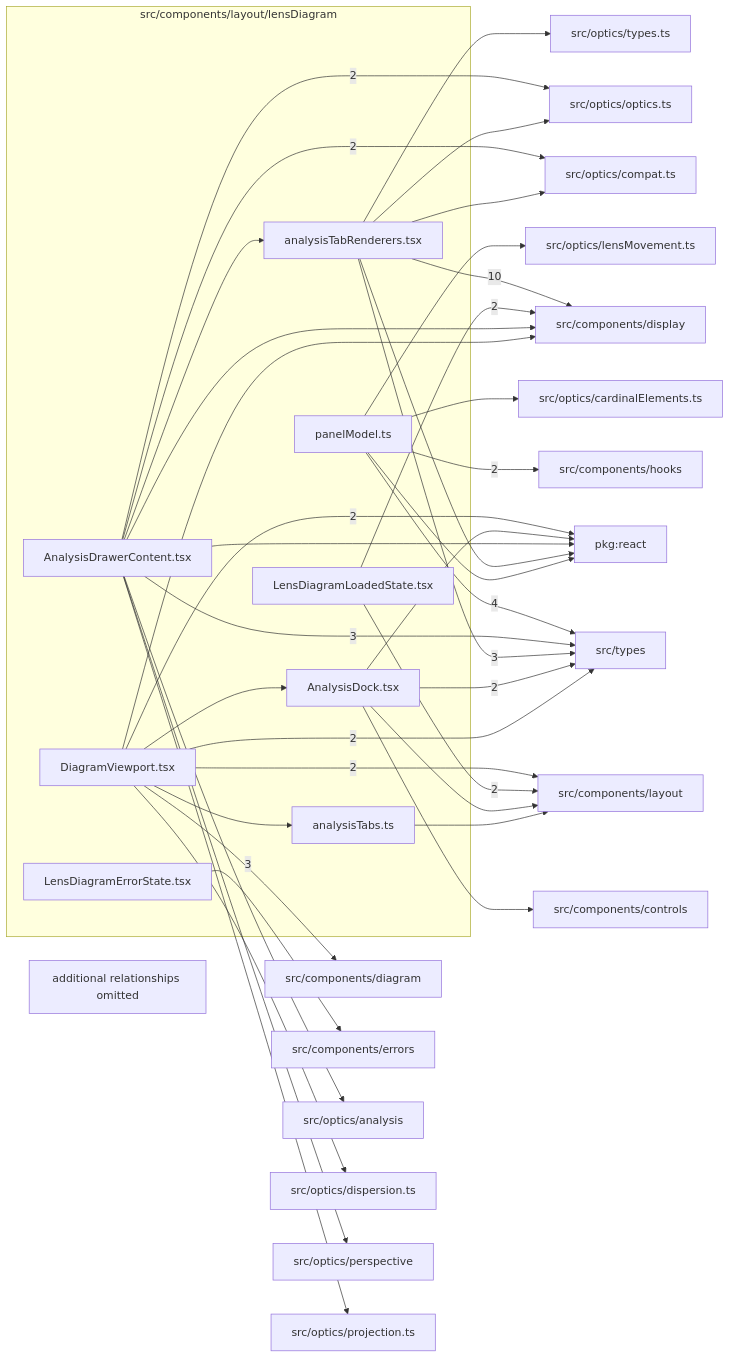
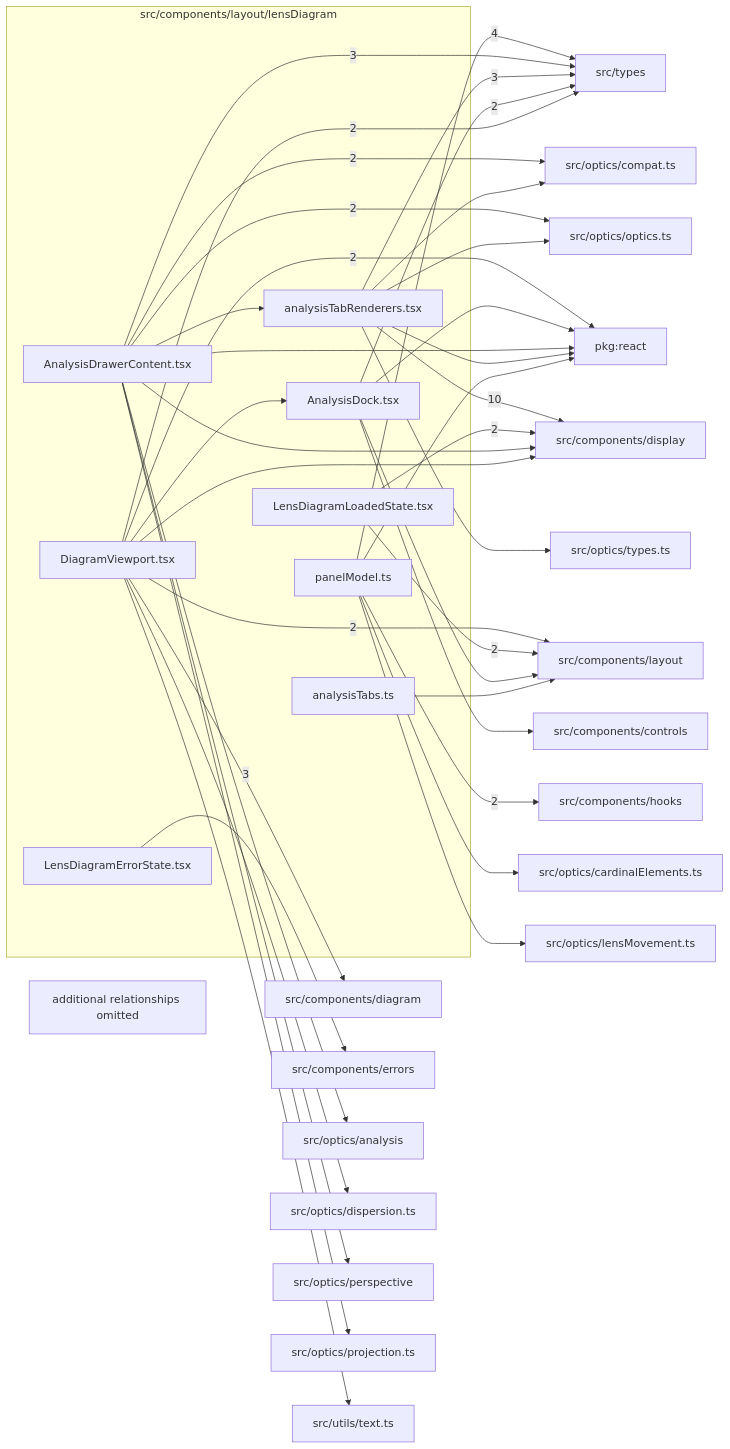
The diagram in src/components/layout/lensDiagram/readme.md (ronbuening/LensVisualizer), drawn with Mermaid before and after one commit. The commit also changed other lines of this file and 99 other files, not shown here.

````diff
--- a/src/components/layout/lensDiagram/readme.md
+++ b/src/components/layout/lensDiagram/readme.md
@@ -9,67 +9,68 @@
 ```mermaid
 flowchart LR
   subgraph n_src_components_layout_lensDiagram["src/components/layout/lensDiagram"]
     n_src_components_layout_lensDiagram_src_components_layout_lensDiagram_AnalysisDock_tsx["AnalysisDock.tsx"]
     n_src_components_layout_lensDiagram_src_components_layout_lensDiagram_AnalysisDrawerContent_tsx["AnalysisDrawerContent.tsx"]
     n_src_components_layout_lensDiagram_src_components_layout_lensDiagram_analysisTabRenderers_tsx["analysisTabRenderers.tsx"]
     n_src_components_layout_lensDiagram_src_components_layout_lensDiagram_analysisTabs_ts["analysisTabs.ts"]
     n_src_components_layout_lensDiagram_src_components_layout_lensDiagram_DiagramViewport_tsx["DiagramViewport.tsx"]
     n_src_components_layout_lensDiagram_src_components_layout_lensDiagram_LensDiagramErrorState_tsx["LensDiagramErrorState.tsx"]
     n_src_components_layout_lensDiagram_src_components_layout_lensDiagram_LensDiagramLoadedState_tsx["LensDiagramLoadedState.tsx"]
     n_src_components_layout_lensDiagram_src_components_layout_lensDiagram_panelModel_ts["panelModel.ts"]
   end
   n_external_src_components_display["src/components/display"]
   n_external_src_types["src/types"]
   n_external_src_components_diagram["src/components/diagram"]
   n_external_pkg_react["pkg:react"]
   n_external_src_components_hooks["src/components/hooks"]
   n_external_src_components_layout["src/components/layout"]
   n_external_src_optics_compat_ts["src/optics/compat.ts"]
   n_external_src_optics_optics_ts["src/optics/optics.ts"]
   n_external_src_components_controls["src/components/controls"]
   n_external_src_components_errors["src/components/errors"]
   n_external_src_optics_analysis["src/optics/analysis"]
   n_external_src_optics_cardinalElements_ts["src/optics/cardinalElements.ts"]
   n_external_src_optics_dispersion_ts["src/optics/dispersion.ts"]
   n_external_src_optics_lensMovement_ts["src/optics/lensMovement.ts"]
   n_external_src_optics_perspective["src/optics/perspective"]
   n_external_src_optics_projection_ts["src/optics/projection.ts"]
   n_external_src_optics_types_ts["src/optics/types.ts"]
+  n_external_src_utils_text_ts["src/utils/text.ts"]
   n_src_components_layout_lensDiagram_src_components_layout_lensDiagram_analysisTabRenderers_tsx --> |10| n_external_src_components_display
   n_src_components_layout_lensDiagram_src_components_layout_lensDiagram_panelModel_ts --> |4| n_external_src_types
   n_src_components_layout_lensDiagram_src_components_layout_lensDiagram_DiagramViewport_tsx --> |3| n_external_src_components_diagram
   n_src_components_layout_lensDiagram_src_components_layout_lensDiagram_AnalysisDrawerContent_tsx --> |3| n_external_src_types
   n_src_components_layout_lensDiagram_src_components_layout_lensDiagram_analysisTabRenderers_tsx --> |3| n_external_src_types
   n_src_components_layout_lensDiagram_src_components_layout_lensDiagram_DiagramViewport_tsx --> |2| n_external_pkg_react
   n_src_components_layout_lensDiagram_src_components_layout_lensDiagram_LensDiagramLoadedState_tsx --> |2| n_external_src_components_display
   n_src_components_layout_lensDiagram_src_components_layout_lensDiagram_panelModel_ts --> |2| n_external_src_components_hooks
   n_src_components_layout_lensDiagram_src_components_layout_lensDiagram_DiagramViewport_tsx --> |2| n_external_src_components_layout
   n_src_components_layout_lensDiagram_src_components_layout_lensDiagram_LensDiagramLoadedState_tsx --> |2| n_external_src_components_layout
   n_src_components_layout_lensDiagram_src_components_layout_lensDiagram_AnalysisDrawerContent_tsx --> |2| n_external_src_optics_compat_ts
   n_src_components_layout_lensDiagram_src_components_layout_lensDiagram_AnalysisDrawerContent_tsx --> |2| n_external_src_optics_optics_ts
   n_src_components_layout_lensDiagram_src_components_layout_lensDiagram_AnalysisDock_tsx --> |2| n_external_src_types
   n_src_components_layout_lensDiagram_src_components_layout_lensDiagram_DiagramViewport_tsx --> |2| n_external_src_types
   n_src_components_layout_lensDiagram_src_components_layout_lensDiagram_AnalysisDock_tsx --> n_external_pkg_react
   n_src_components_layout_lensDiagram_src_components_layout_lensDiagram_AnalysisDrawerContent_tsx --> n_external_pkg_react
   n_src_components_layout_lensDiagram_src_components_layout_lensDiagram_analysisTabRenderers_tsx --> n_external_pkg_react
   n_src_components_layout_lensDiagram_src_components_layout_lensDiagram_panelModel_ts --> n_external_pkg_react
   n_src_components_layout_lensDiagram_src_components_layout_lensDiagram_AnalysisDock_tsx --> n_external_src_components_controls
   n_src_components_layout_lensDiagram_src_components_layout_lensDiagram_AnalysisDrawerContent_tsx --> n_external_src_components_display
   n_src_components_layout_lensDiagram_src_components_layout_lensDiagram_DiagramViewport_tsx --> n_external_src_components_display
   n_src_components_layout_lensDiagram_src_components_layout_lensDiagram_LensDiagramErrorState_tsx --> n_external_src_components_errors
   n_src_components_layout_lensDiagram_src_components_layout_lensDiagram_AnalysisDock_tsx --> n_external_src_components_layout
   n_src_components_layout_lensDiagram_src_components_layout_lensDiagram_analysisTabs_ts --> n_external_src_components_layout
   n_src_components_layout_lensDiagram_src_components_layout_lensDiagram_AnalysisDrawerContent_tsx --> n_external_src_optics_analysis
   n_src_components_layout_lensDiagram_src_components_layout_lensDiagram_panelModel_ts --> n_external_src_optics_cardinalElements_ts
   n_src_components_layout_lensDiagram_src_components_layout_lensDiagram_analysisTabRenderers_tsx --> n_external_src_optics_compat_ts
   n_src_components_layout_lensDiagram_src_components_layout_lensDiagram_DiagramViewport_tsx --> n_external_src_optics_dispersion_ts
   n_src_components_layout_lensDiagram_src_components_layout_lensDiagram_panelModel_ts --> n_external_src_optics_lensMovement_ts
   n_src_components_layout_lensDiagram_src_components_layout_lensDiagram_analysisTabRenderers_tsx --> n_external_src_optics_optics_ts
   n_src_components_layout_lensDiagram_src_components_layout_lensDiagram_AnalysisDrawerContent_tsx --> n_external_src_optics_perspective
   n_src_components_layout_lensDiagram_src_components_layout_lensDiagram_AnalysisDrawerContent_tsx --> n_external_src_optics_projection_ts
   n_src_components_layout_lensDiagram_src_components_layout_lensDiagram_analysisTabRenderers_tsx --> n_external_src_optics_types_ts
+  n_src_components_layout_lensDiagram_src_components_layout_lensDiagram_DiagramViewport_tsx --> n_external_src_utils_text_ts
   n_src_components_layout_lensDiagram_src_components_layout_lensDiagram_DiagramViewport_tsx --> n_src_components_layout_lensDiagram_src_components_layout_lensDiagram_AnalysisDock_tsx
   n_src_components_layout_lensDiagram_src_components_layout_lensDiagram_AnalysisDrawerContent_tsx --> n_src_components_layout_lensDiagram_src_components_layout_lensDiagram_analysisTabRenderers_tsx
-  n_src_components_layout_lensDiagram_src_components_layout_lensDiagram_DiagramViewport_tsx --> n_src_components_layout_lensDiagram_src_components_layout_lensDiagram_analysisTabs_ts
   n_src_components_layout_lensDiagram_truncated["additional relationships omitted"]
 ```
````
